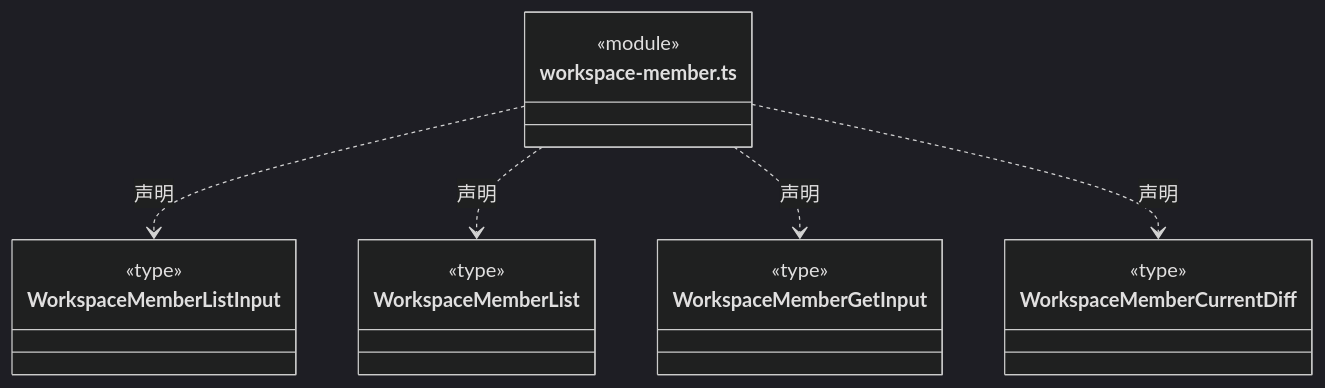
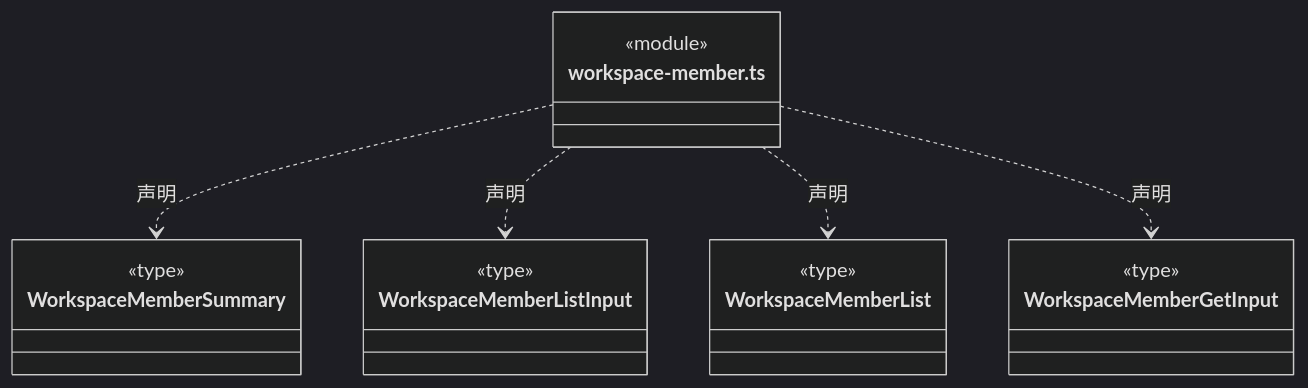
One commit to nan023062/cbim changed diagram 28 of 33 in src/backend/core/team/ARCHITECTURE.md. Above: the diagram before and after it, drawn with Mermaid (dark theme). The commit also changed other lines of this file and 29 other files, not shown here.

Commit message:
feat(team): enable governed main-agent member changes (#36)

````diff
--- a/src/backend/core/team/ARCHITECTURE.md
+++ b/src/backend/core/team/ARCHITECTURE.md
@@ -638,26 +677,26 @@
 ```mermaid
 classDiagram
 class N_src_backend_core_team_workspace_member_ts["workspace-member.ts"] {
   <<module>>
 }
+class N_src_backend_core_team_workspace_member_ts_WorkspaceMemberSummary["WorkspaceMemberSummary"] {
+  <<type>>
+
+}
+N_src_backend_core_team_workspace_member_ts ..> N_src_backend_core_team_workspace_member_ts_WorkspaceMemberSummary : 声明
 class N_src_backend_core_team_workspace_member_ts_WorkspaceMemberListInput["WorkspaceMemberListInput"] {
   <<type>>
 
 }
 N_src_backend_core_team_workspace_member_ts ..> N_src_backend_core_team_workspace_member_ts_WorkspaceMemberListInput : 声明
 class N_src_backend_core_team_workspace_member_ts_WorkspaceMemberList["WorkspaceMemberList"] {
   <<type>>
 
 }
 N_src_backend_core_team_workspace_member_ts ..> N_src_backend_core_team_workspace_member_ts_WorkspaceMemberList : 声明
 class N_src_backend_core_team_workspace_member_ts_WorkspaceMemberGetInput["WorkspaceMemberGetInput"] {
   <<type>>
 
 }
 N_src_backend_core_team_workspace_member_ts ..> N_src_backend_core_team_workspace_member_ts_WorkspaceMemberGetInput : 声明
-class N_src_backend_core_team_workspace_member_ts_WorkspaceMemberCurrentDiff["WorkspaceMemberCurrentDiff"] {
-  <<type>>
-
-}
-N_src_backend_core_team_workspace_member_ts ..> N_src_backend_core_team_workspace_member_ts_WorkspaceMemberCurrentDiff : 声明
 ```
````
